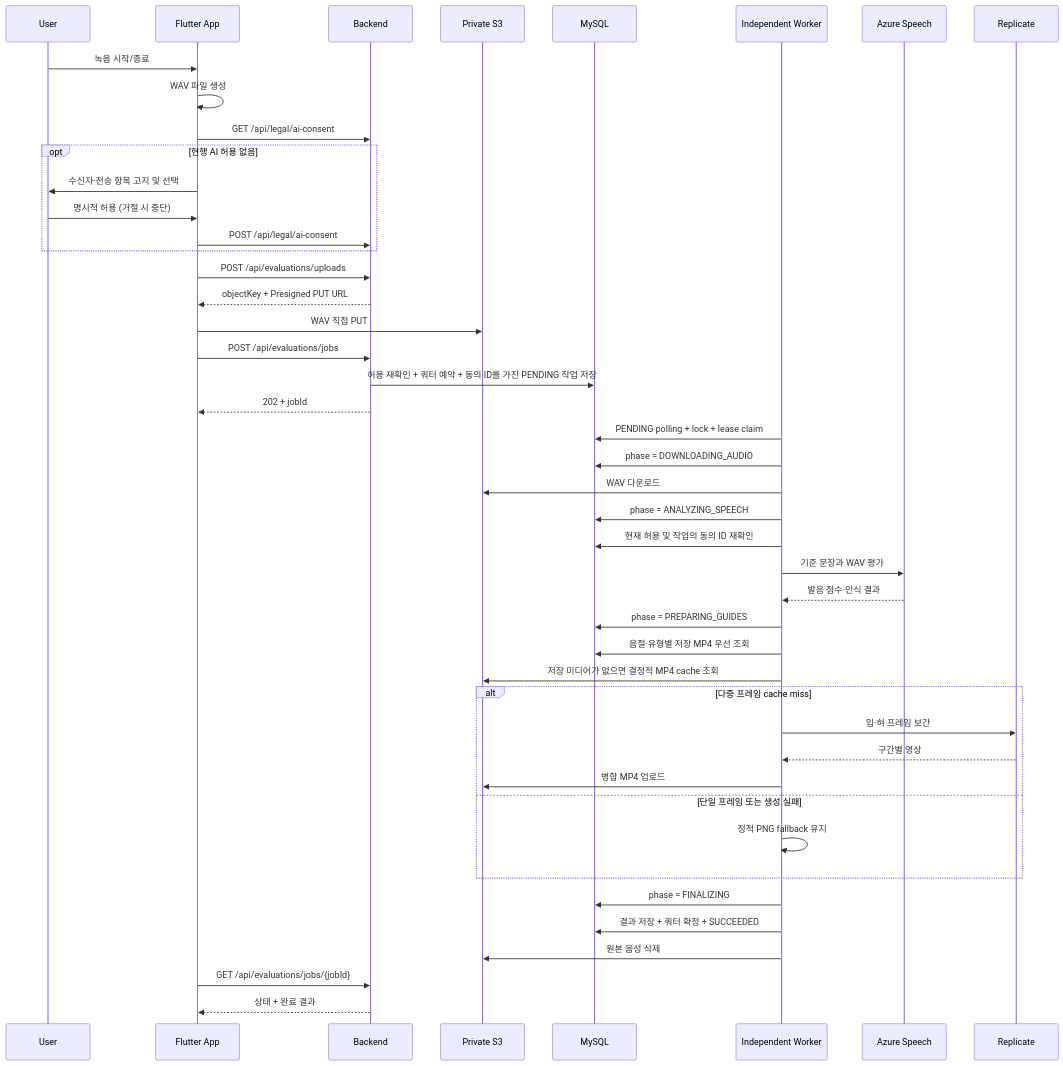
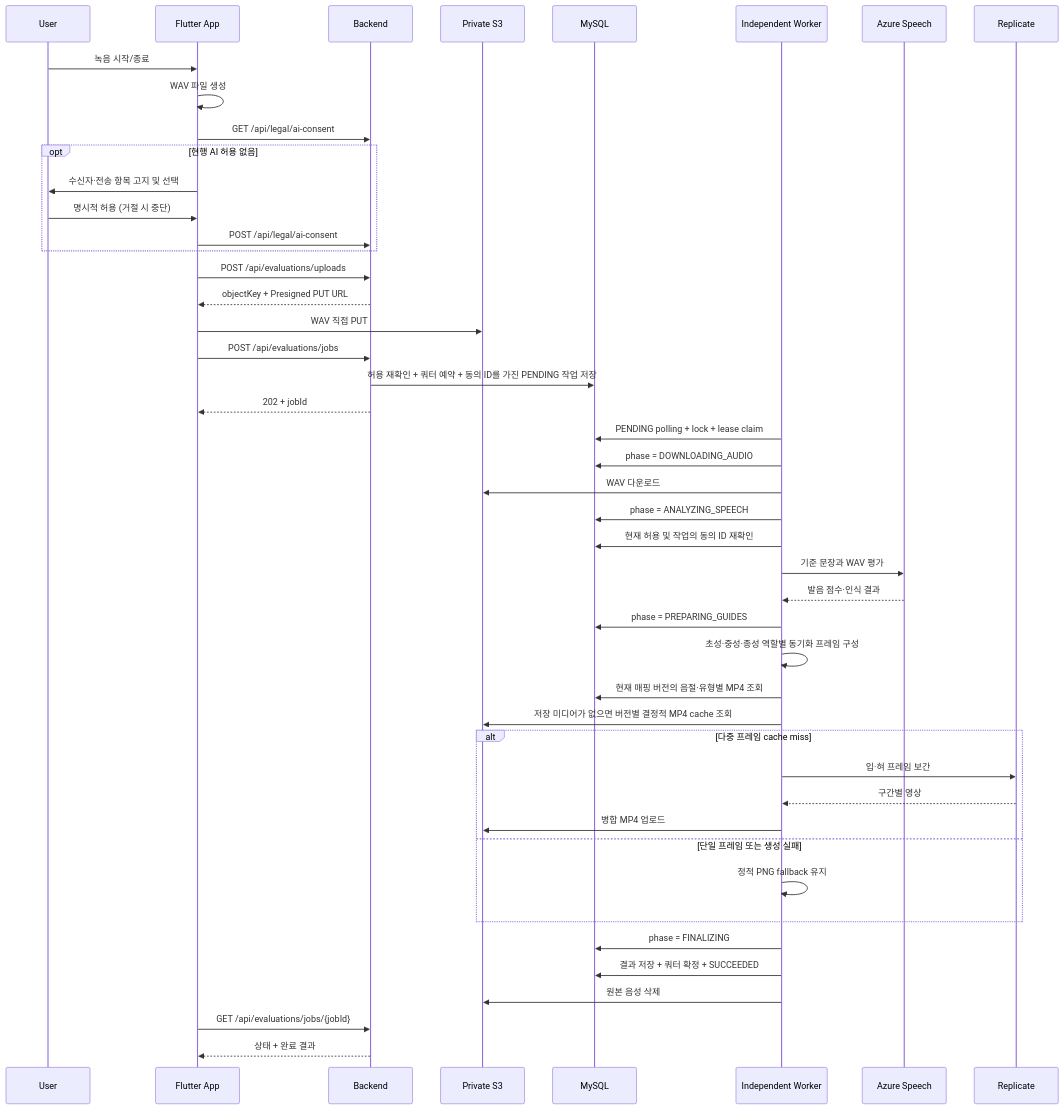
Before and after one commit to byeok99/LingKo: the second of 2 diagrams in docs/architecture/evaluation-flow.md, drawn with Mermaid. The commit also changed other lines of this file and 27 other files, not shown here.

````diff
--- a/docs/architecture/evaluation-flow.md
+++ b/docs/architecture/evaluation-flow.md
@@ -30,48 +32,49 @@
 ```mermaid
 sequenceDiagram
     participant U as User
     participant A as Flutter App
     participant B as Backend
     participant S as Private S3
     participant D as MySQL
     participant W as Independent Worker
     participant Z as Azure Speech
     participant R as Replicate
 
     U->>A: 녹음 시작/종료
     A->>A: WAV 파일 생성
     A->>B: GET /api/legal/ai-consent
     opt 현행 AI 허용 없음
         A->>U: 수신자·전송 항목 고지 및 선택
         U->>A: 명시적 허용 (거절 시 중단)
         A->>B: POST /api/legal/ai-consent
     end
     A->>B: POST /api/evaluations/uploads
     B-->>A: objectKey + Presigned PUT URL
     A->>S: WAV 직접 PUT
     A->>B: POST /api/evaluations/jobs
     B->>D: 허용 재확인 + 쿼터 예약 + 동의 ID를 가진 PENDING 작업 저장
     B-->>A: 202 + jobId
     W->>D: PENDING polling + lock + lease claim
     W->>D: phase = DOWNLOADING_AUDIO
     W->>S: WAV 다운로드
     W->>D: phase = ANALYZING_SPEECH
     W->>D: 현재 허용 및 작업의 동의 ID 재확인
     W->>Z: 기준 문장과 WAV 평가
     Z-->>W: 발음 점수·인식 결과
     W->>D: phase = PREPARING_GUIDES
-    W->>D: 음절·유형별 저장 MP4 우선 조회
-    W->>S: 저장 미디어가 없으면 결정적 MP4 cache 조회
+    W->>W: 초성·중성·종성 역할별 동기화 프레임 구성
+    W->>D: 현재 매핑 버전의 음절·유형별 MP4 조회
+    W->>S: 저장 미디어가 없으면 버전별 결정적 MP4 cache 조회
     alt 다중 프레임 cache miss
         W->>R: 입·혀 프레임 보간
         R-->>W: 구간별 영상
         W->>S: 병합 MP4 업로드
     else 단일 프레임 또는 생성 실패
         W->>W: 정적 PNG fallback 유지
     end
     W->>D: phase = FINALIZING
     W->>D: 결과 저장 + 쿼터 확정 + SUCCEEDED
     W->>S: 원본 음성 삭제
     A->>B: GET /api/evaluations/jobs/{jobId}
     B-->>A: 상태 + 완료 결과
 ```
````
